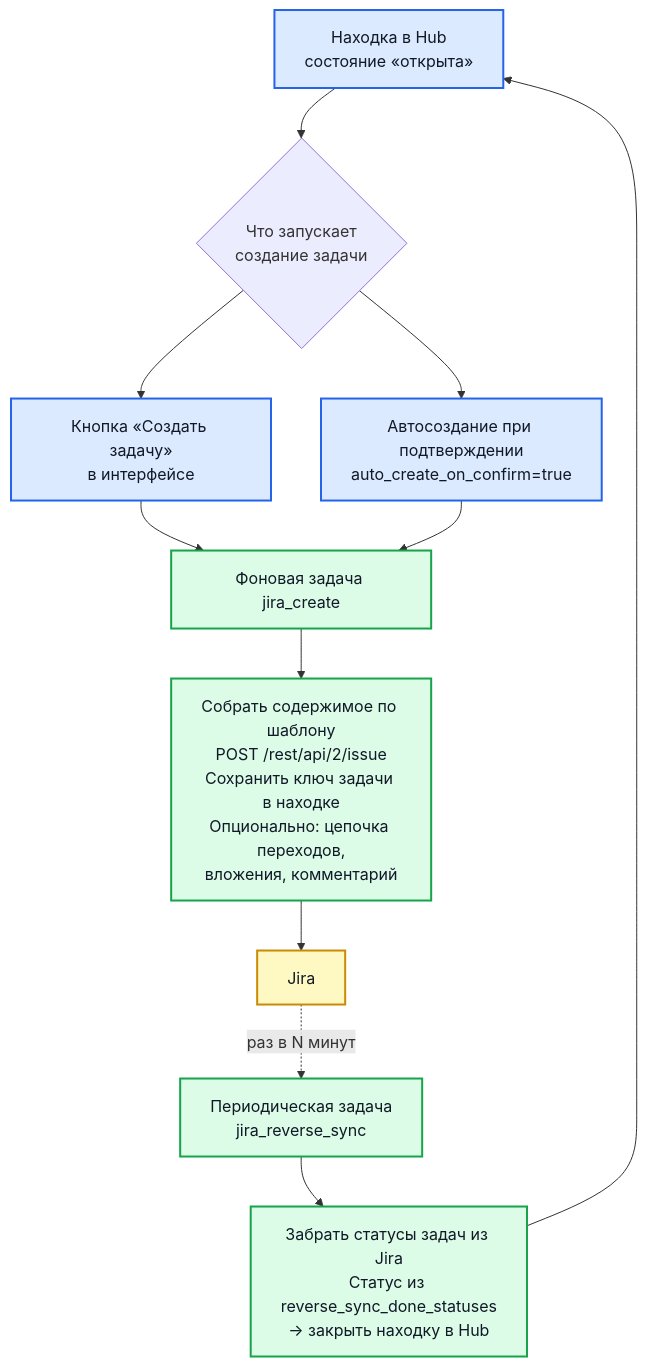
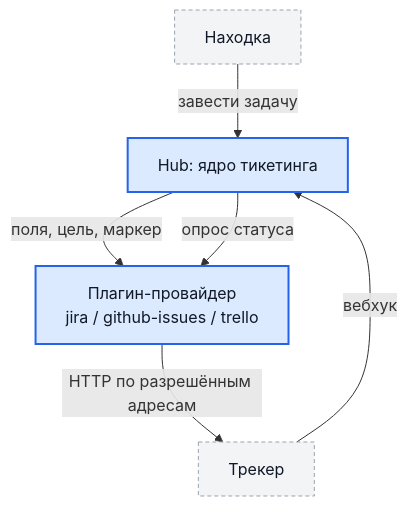
Before and after one commit to s3m4rgl/hub-docs: the diagram in docs/integration-jira.md, drawn with Mermaid. The commit also changed other lines of this file and 5 other files, not shown here.

````diff
--- a/docs/integration-jira.md
+++ b/docs/integration-jira.md
@@ -10,28 +22,18 @@
 ```mermaid
 flowchart TD
-    F["Находка в Hub<br/>состояние «открыта»"]
-    Trigger{"Что запускает<br/>создание задачи"}
-    Manual["Кнопка «Создать задачу»<br/>в интерфейсе"]
-    Auto["Автосоздание при подтверждении<br/>auto_create_on_confirm=true"]
+    Finding["Находка"]
+    Hub["Hub: ядро тикетинга"]
+    Plugin["Плагин-провайдер<br/>jira / github-issues / trello"]
+    Tracker["Трекер"]
 
-    Job["Фоновая задача jira_create"]
-    Steps["Собрать содержимое по шаблону<br/>POST /rest/api/2/issue<br/>Сохранить ключ задачи в находке<br/>Опционально: цепочка переходов,<br/>вложения, комментарий"]
-    Jira["Jira"]
-
-    Sync["Периодическая задача<br/>jira_reverse_sync"]
-    SyncSteps["Забрать статусы задач из Jira<br/>Статус из reverse_sync_done_statuses<br/>→ закрыть находку в Hub"]
-
-    F --> Trigger
-    Trigger --> Manual --> Job
-    Trigger --> Auto --> Job
-    Job --> Steps --> Jira
-    Jira -.->|"раз в N минут"| Sync
-    Sync --> SyncSteps --> F
+    Finding --> |"завести задачу"| Hub
+    Hub --> |"поля, цель, маркер"| Plugin
+    Plugin --> |"HTTP по разрешённым адресам"| Tracker
+    Tracker --> |"вебхук"| Hub
+    Hub --> |"опрос статуса"| Plugin
 
     classDef hub fill:#dbeafe,stroke:#2563eb,stroke-width:2px,color:#111827
-    classDef work fill:#dcfce7,stroke:#16a34a,stroke-width:2px,color:#111827
-    classDef ext fill:#fef9c3,stroke:#ca8a04,stroke-width:2px,color:#111827
-    class F,Manual,Auto hub
-    class Job,Steps,Sync,SyncSteps work
-    class Jira ext
+    classDef ext fill:#f3f4f6,stroke:#9ca3af,stroke-width:1px,stroke-dasharray:4 3,color:#111827
+    class Hub,Plugin hub
+    class Finding,Tracker ext
 ```
````
